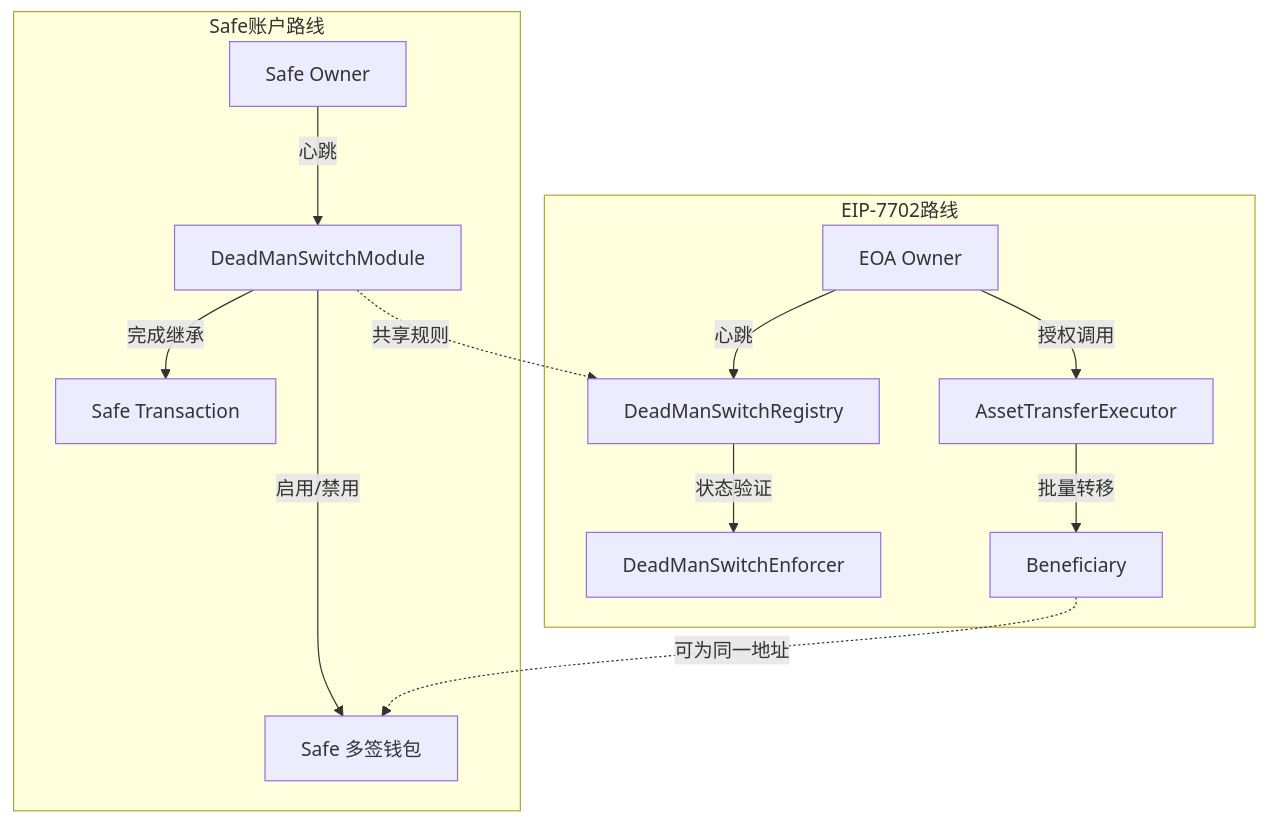
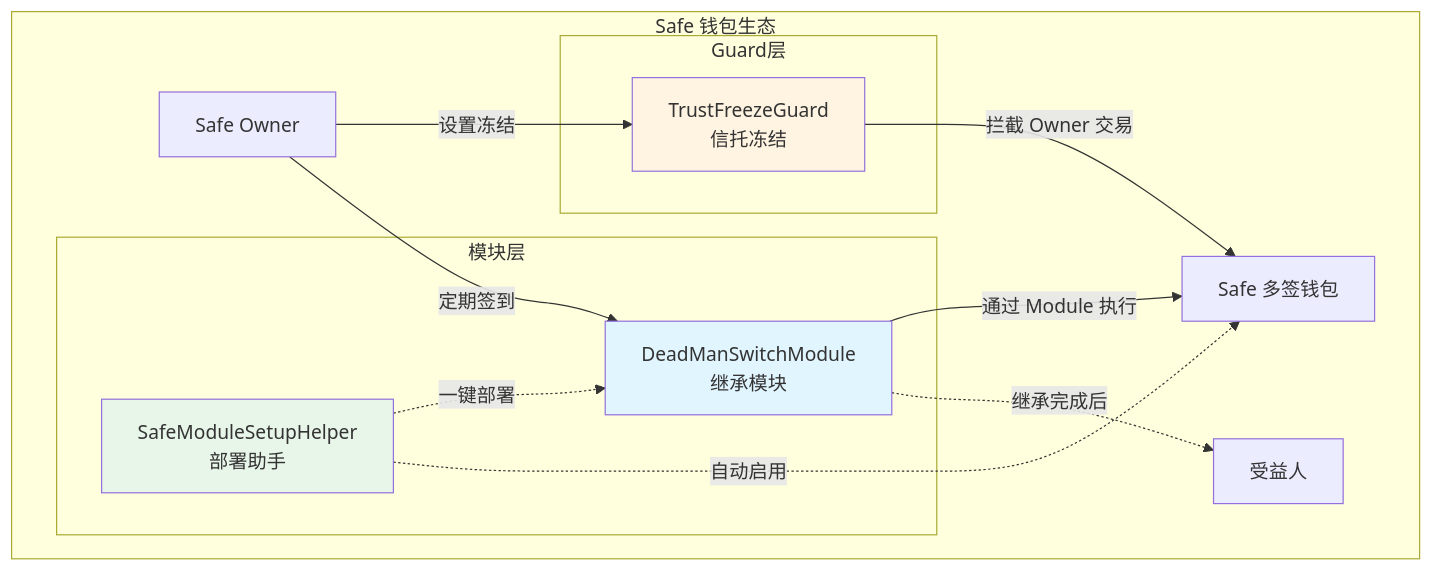
Before and after one commit to familykey/familykey-contract: the diagram in README.md, drawn with Mermaid. The commit also changed other lines of this file and 25 other files, not shown here.

Commit message:
Add .gitignore, update foundry configuration, and enhance README with project features and usage. Introduce TrustFreezeGuard and deployment scripts for module integration.

````diff
--- a/README.md
+++ b/README.md
@@ -40,28 +44,33 @@
 ```mermaid
 graph TD
-    subgraph Safe账户路线
+    subgraph Safe 钱包生态
         SafeOwner[Safe Owner]
         SafeWallet[Safe 多签钱包]
-        SafeModule[DeadManSwitchModule]
-        SafeExecutor[Safe Transaction]
 
-        SafeOwner -->|心跳| SafeModule
-        SafeModule -->|启用/禁用| SafeWallet
-        SafeModule -->|完成继承| SafeExecutor
+        subgraph 模块层
+            DMS[DeadManSwitchModule<br/>继承模块]
+            Helper[SafeModuleSetupHelper<br/>部署助手]
+        end
+
+        subgraph Guard层
+            TFG[TrustFreezeGuard<br/>信托冻结]
+        end
+
+        Beneficiary[受益人]
     end
 
-    subgraph EIP-7702路线
-        EOAMain[EOA Owner]
-        Registry[DeadManSwitchRegistry]
-        Enforcer[DeadManSwitchEnforcer]
-        Executor[AssetTransferExecutor]
+    SafeOwner -->|定期签到| DMS
+    SafeOwner -->|设置冻结| TFG
 
-        EOAMain -->|心跳| Registry
-        Registry -->|状态验证| Enforcer
-        EOAMain -->|授权调用| Executor
-        Executor -->|批量转移| Beneficiary[Beneficiary]
-    end
+    Helper -.一键部署.-> DMS
+    Helper -.自动启用.-> SafeWallet
 
-    SafeModule -.共享规则.-> Registry
-    Beneficiary -.可为同一地址.-> SafeWallet
+    DMS -->|通过 Module 执行| SafeWallet
+    TFG -->|拦截 Owner 交易| SafeWallet
+
+    DMS -.继承完成后.-> Beneficiary
+
+    style DMS fill:#e1f5ff
+    style TFG fill:#fff4e1
+    style Helper fill:#e8f5e9
 ```
````
